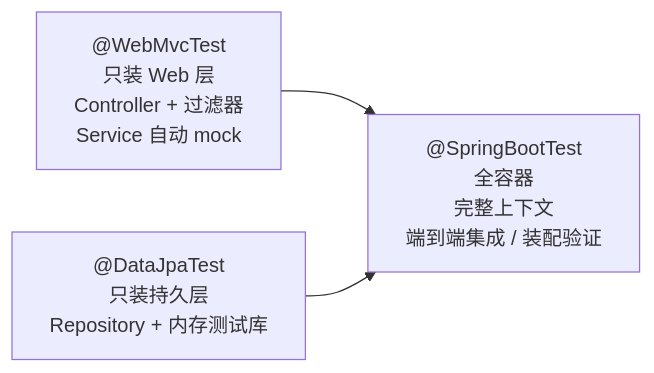
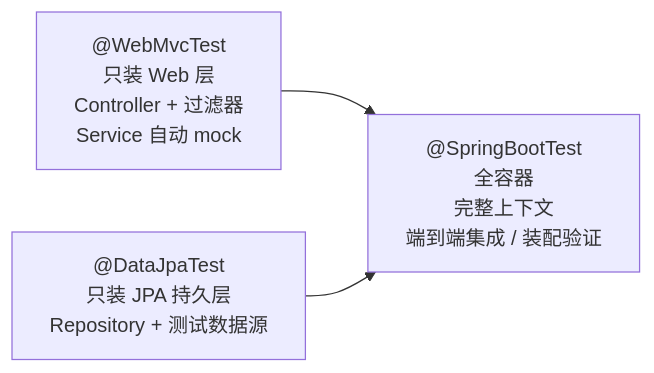
The third of 5 diagrams in docs/02-阶段二-Spring生态与Web开发核心/05-测试工程.md (CrazyForks/java-full-stack), drawn with Mermaid before and after one commit. The commit also changed other lines of this file and 58 other files, not shown here.

````diff
--- a/docs/02-阶段二-Spring生态与Web开发核心/05-测试工程.md
+++ b/docs/02-阶段二-Spring生态与Web开发核心/05-测试工程.md
@@ -214,5 +214,5 @@
 ```mermaid
 flowchart LR
     A["@WebMvcTest<br/>只装 Web 层<br/>Controller + 过滤器<br/>Service 自动 mock"] --> D["@SpringBootTest<br/>全容器<br/>完整上下文<br/>端到端集成 / 装配验证"]
-    B["@DataJpaTest<br/>只装持久层<br/>Repository + 内存测试库"] --> D
+    B["@DataJpaTest<br/>只装 JPA 持久层<br/>Repository + 测试数据源"] --> D
 ```
````
